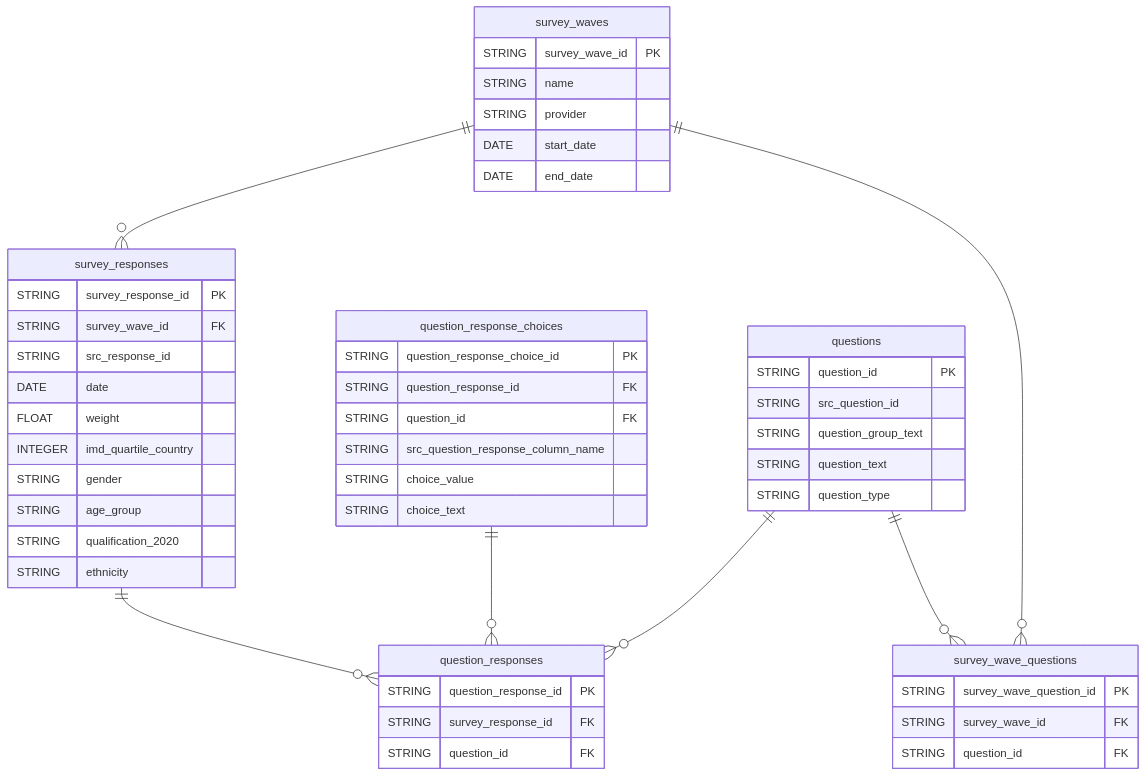
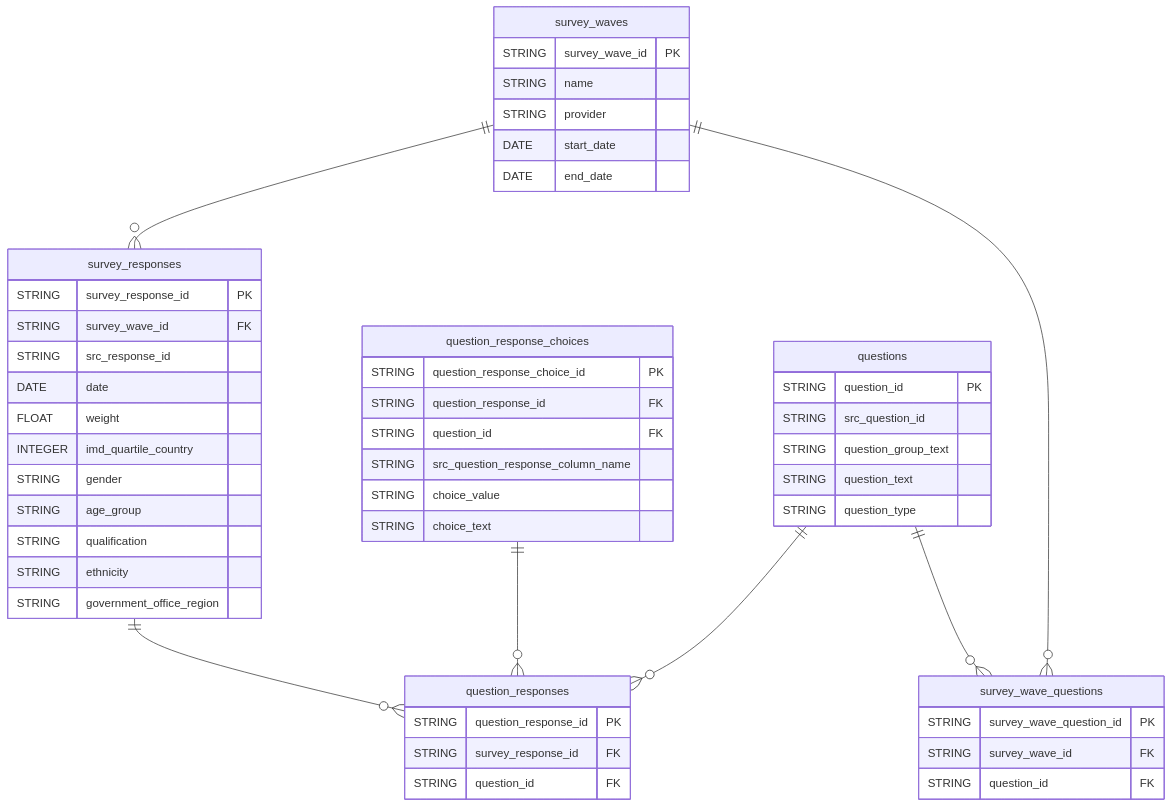
The diagram in README.md (alphagov/govuk-polling-dataform), drawn with Mermaid before and after one commit. The commit also changed 3 other files, not shown here.

Commit message:
add government_office_region lookup

````diff
--- a/README.md
+++ b/README.md
@@ -13,59 +13,60 @@
 ```mermaid
 erDiagram
     survey_waves {
         STRING survey_wave_id PK
         STRING name
         STRING provider
         DATE start_date
         DATE end_date
     }
 
     survey_responses {
         STRING survey_response_id PK
         STRING survey_wave_id FK
         STRING src_response_id
         DATE date
         FLOAT weight
         INTEGER imd_quartile_country
         STRING gender
         STRING age_group
-        STRING qualification_2020
+        STRING qualification
         STRING ethnicity
+        STRING government_office_region
     }
 
     question_responses {
         STRING question_response_id PK
         STRING survey_response_id FK
         STRING question_id FK
     }
 
     questions {
         STRING question_id PK
         STRING src_question_id
         STRING question_group_text
         STRING question_text
         STRING question_type
     }
 
     question_response_choices {
         STRING question_response_choice_id PK
         STRING question_response_id FK
         STRING question_id FK
         STRING src_question_response_column_name
         STRING choice_value
         STRING choice_text
     }
 
     survey_wave_questions {
         STRING survey_wave_question_id PK
         STRING survey_wave_id FK
         STRING question_id FK
     }
 
     survey_waves ||--o{ survey_responses : ""
     survey_responses ||--o{ question_responses : ""
     question_response_choices ||--o{ question_responses : ""
     questions ||--o{ question_responses : ""
     questions ||--o{ survey_wave_questions : ""
     survey_waves ||--o{ survey_wave_questions : ""
 ```
````
